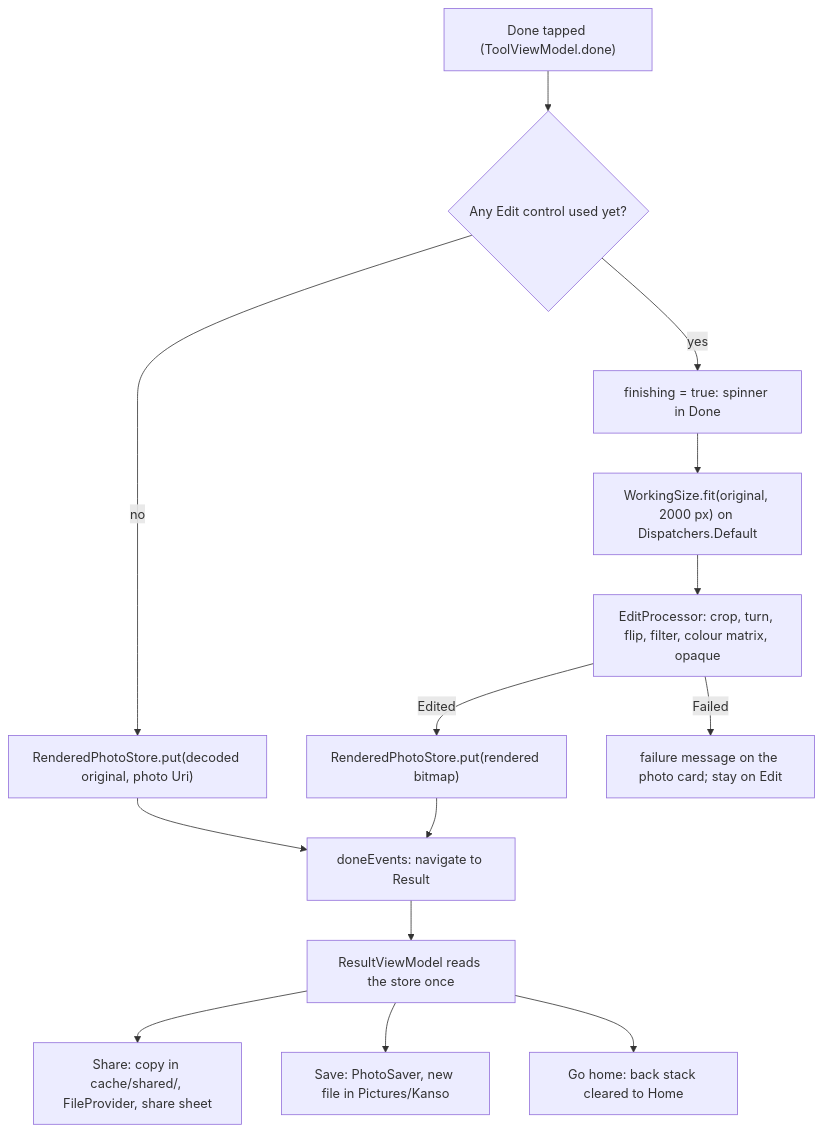
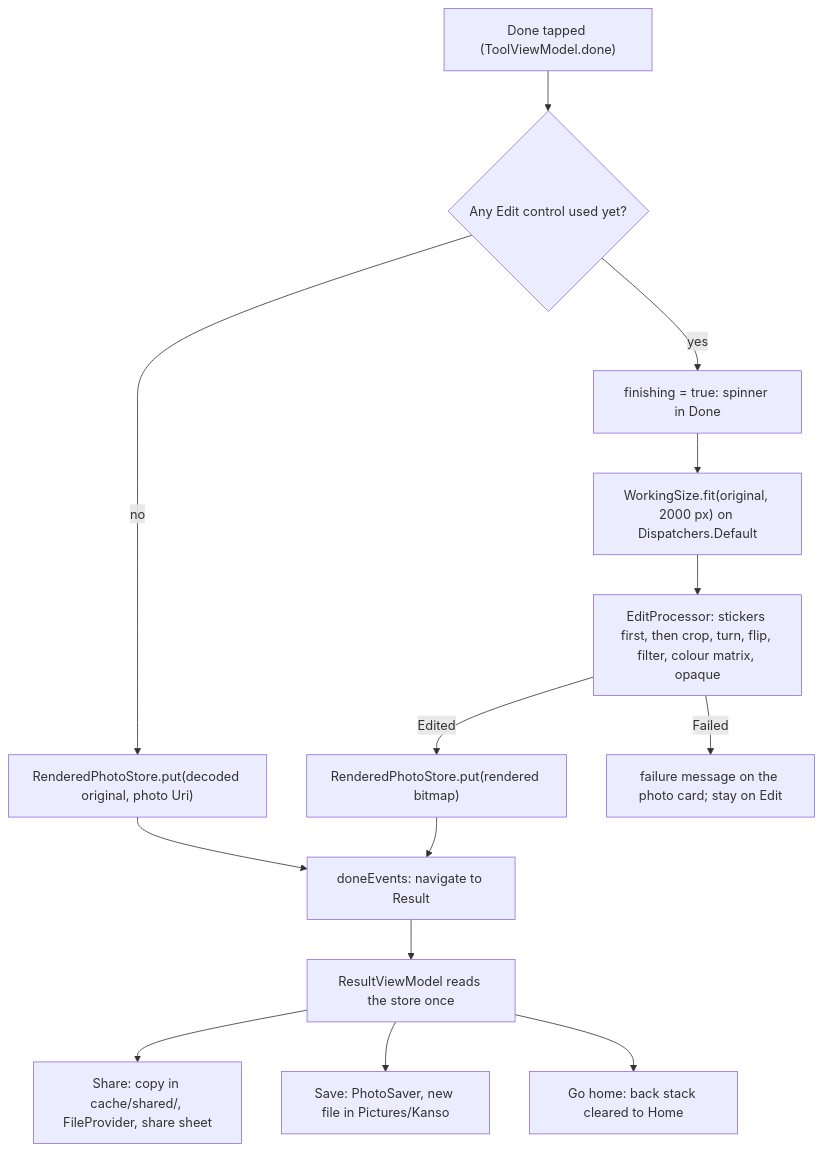
Before and after one commit to Phong-Kaster/Kanso: the fourth of 4 diagrams in docs/features/edit.md, drawn with Mermaid. The commit also changed other lines of this file and 12 other files, not shown here.

````diff
--- a/docs/features/edit.md
+++ b/docs/features/edit.md
@@ -230,16 +262,16 @@
 ```mermaid
 flowchart TD
     D["Done tapped (ToolViewModel.done)"] --> N{"Any Edit control used yet?"}
     N -->|no| H0["RenderedPhotoStore.put(decoded original, photo Uri)"]
     N -->|yes| F["finishing = true: spinner in Done"]
     F --> W["WorkingSize.fit(original, 2000 px) on Dispatchers.Default"]
-    W --> E["EditProcessor: crop, turn, flip, filter, colour matrix, opaque"]
+    W --> E["EditProcessor: stickers first, then crop, turn, flip, filter, colour matrix, opaque"]
     E -->|Edited| H1["RenderedPhotoStore.put(rendered bitmap)"]
     E -->|Failed| X["failure message on the photo card; stay on Edit"]
     H0 --> R["doneEvents: navigate to Result"]
     H1 --> R
     R --> V["ResultViewModel reads the store once"]
     V --> SH["Share: copy in cache/shared/, FileProvider, share sheet"]
     V --> SV["Save: PhotoSaver, new file in Pictures/Kanso"]
     V --> GH["Go home: back stack cleared to Home"]
 ```
````
